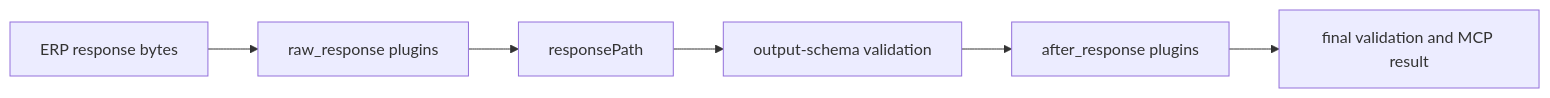
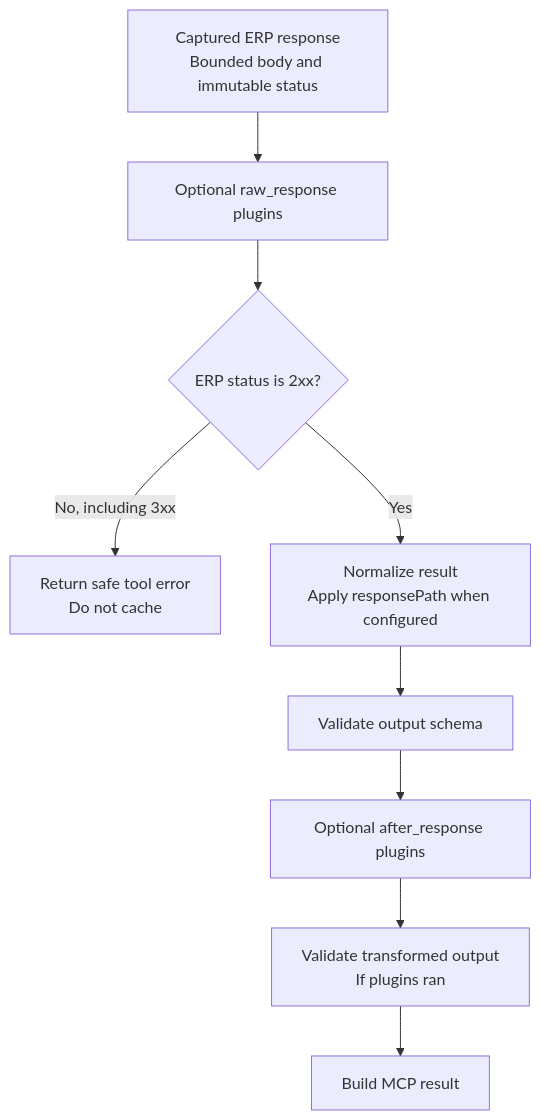
One commit to nmdra/ERPBridge changed the third of 4 diagrams in docs/architecture.md. Above: the diagram before and after it, drawn with Mermaid. The commit also changed other lines of this file and 1 other file, not shown here.

First line of the commit message:
docs: clarify architecture and execution diagrams

````diff
--- a/docs/architecture.md
+++ b/docs/architecture.md
@@ -106,8 +171,19 @@
 ```mermaid
-flowchart LR
-    ERP[ERP response bytes] --> Raw[raw_response plugins]
-    Raw --> Path[responsePath]
-    Path --> Schema[output-schema validation]
-    Schema --> After[after_response plugins]
-    After --> Final[final validation and MCP result]
+flowchart TD
+    accTitle: ERP response and plugin processing
+    accDescr: Optional raw plugins preserve HTTP status. Only successful status enters normalization, output validation, and optional after-response processing.
+    ERP["Captured ERP response<br/>Bounded body and immutable status"]
+    Raw["Optional raw_response plugins"]
+    Status{"ERP status is 2xx?"}
+    Error["Return safe tool error<br/>Do not cache"]
+    Path["Normalize result<br/>Apply responsePath when configured"]
+    Schema["Validate output schema"]
+    After["Optional after_response plugins"]
+    Final["Validate transformed output<br/>If plugins ran"]
+    Result["Build MCP result"]
+
+    ERP --> Raw --> Status
+    Status -->|No, including 3xx| Error
+    Status -->|Yes| Path
+    Path --> Schema --> After --> Final --> Result
 ```
````
